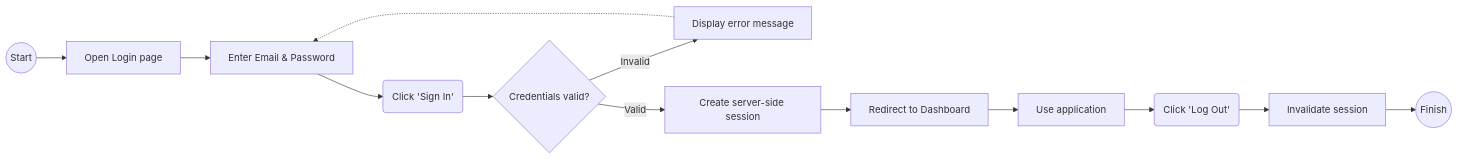
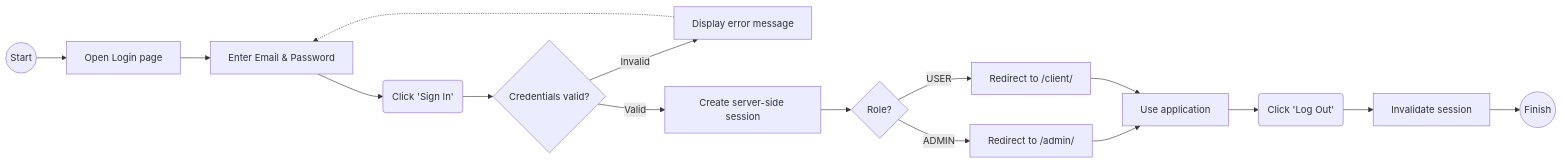
Before and after one commit to m000gg/unit-billing: the first of 2 diagrams in docs/features/authorization-2.md, drawn with Mermaid. The commit also changed other lines of this file and 1 other file, not shown here.

````diff
--- a/docs/features/authorization-2.md
+++ b/docs/features/authorization-2.md
@@ -44,17 +48,20 @@
 ```mermaid
 flowchart LR
     Start((Start)) --> OpenLogin[Open Login page]
     OpenLogin --> FillForm[Enter Email & Password]
     FillForm --> Submit(Click 'Sign In')
     Submit --> Validate{Credentials valid?}
 
     Validate -- Invalid --> ShowError[Display error message]
     ShowError -.-> FillForm
 
     Validate -- Valid --> CreateSession[Create server-side session]
-    CreateSession --> Redirect[Redirect to Dashboard]
-    Redirect --> UseApp[Use application]
+    CreateSession --> CheckRole{Role?}
+    CheckRole -- ADMIN --> RedirectAdmin[Redirect to /admin/]
+    CheckRole -- USER --> RedirectClient[Redirect to /client/]
+    RedirectAdmin --> UseApp[Use application]
+    RedirectClient --> UseApp
     UseApp --> Logout(Click 'Log Out')
     Logout --> DestroySession[Invalidate session]
     DestroySession --> End((Finish))
 ```
````
